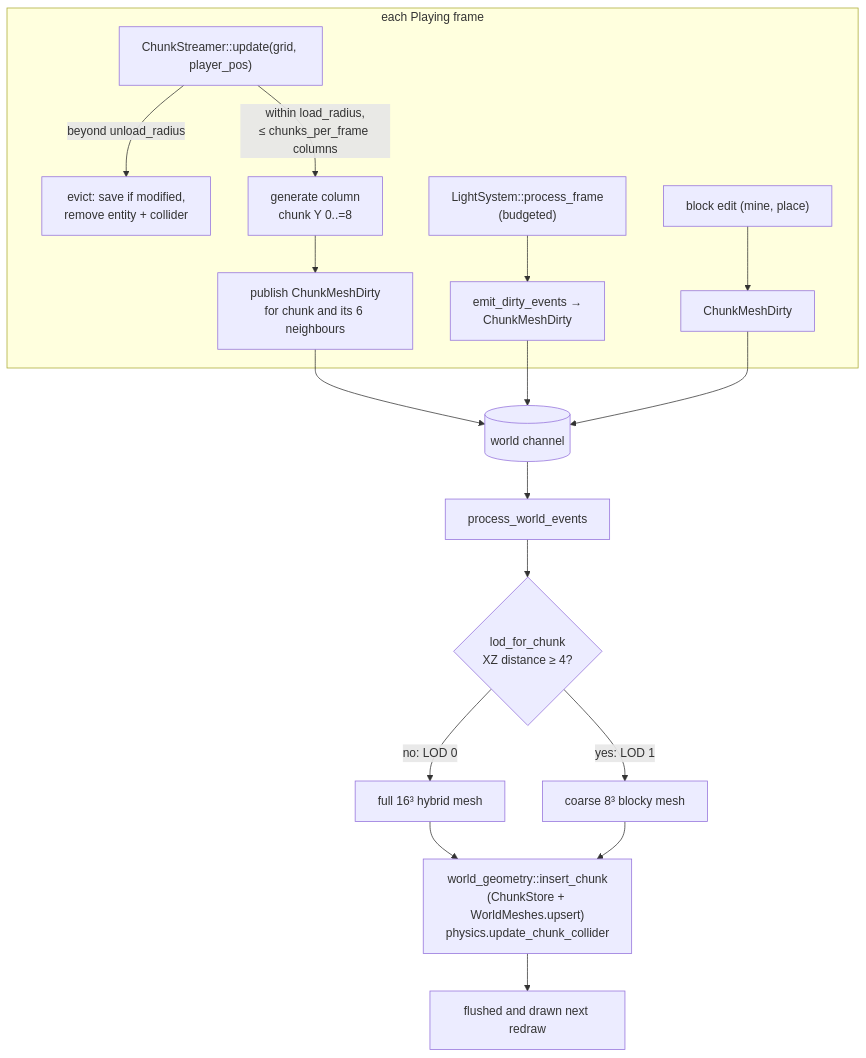
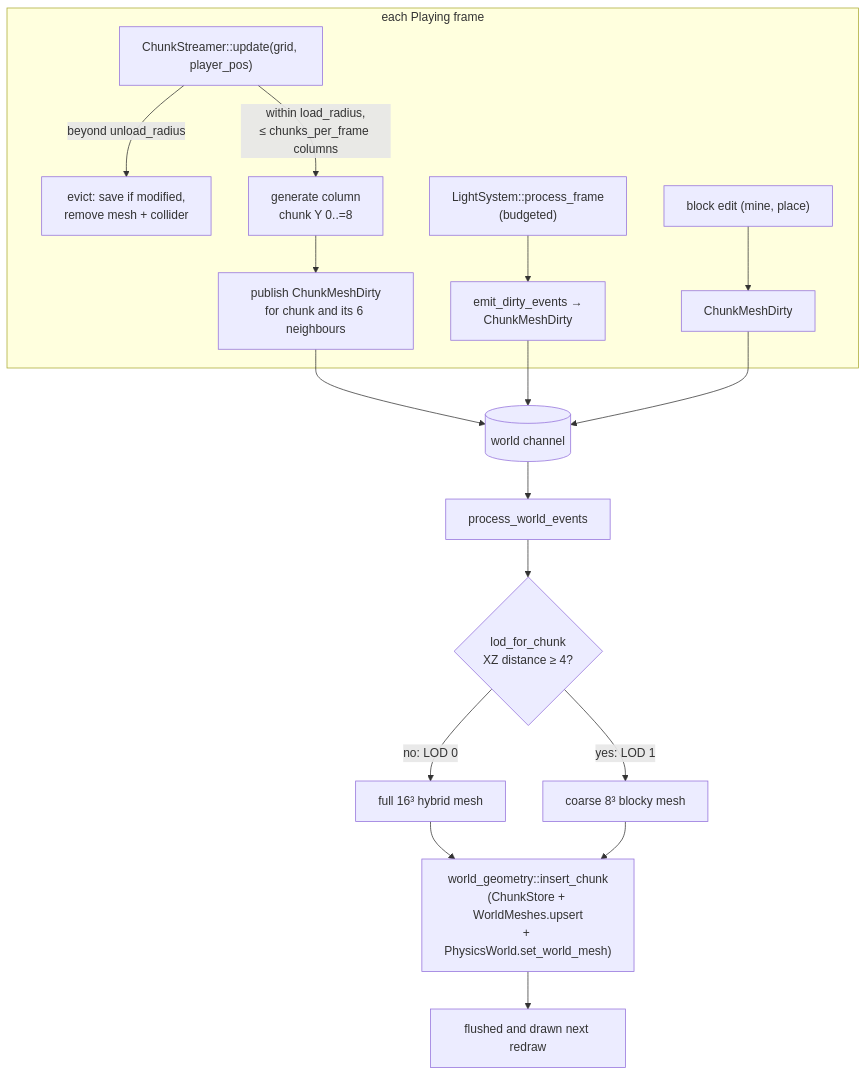
One commit to WrackedFella/moho changed the diagram in wiki/architecture/world-streaming.md. Above: the diagram before and after it, drawn with Mermaid. The commit also changed 3 other files, not shown here.

First line of the commit message:
docs(wiki): ENG-F10-02, chunk meshes reach physics through the world-geometry helpers

````diff
--- a/wiki/architecture/world-streaming.md
+++ b/wiki/architecture/world-streaming.md
@@ -10,18 +10,18 @@
 ```mermaid
 flowchart TD
     subgraph frame["each Playing frame"]
         S["ChunkStreamer::update(grid, player_pos)"]
-        S -->|"beyond unload_radius"| EV["evict: save if modified,<br/>remove entity + collider"]
+        S -->|"beyond unload_radius"| EV["evict: save if modified,<br/>remove mesh + collider"]
         S -->|"within load_radius,<br/>≤ chunks_per_frame columns"| LD["generate column<br/>chunk Y 0..=8"]
         LD --> D1["publish ChunkMeshDirty<br/>for chunk and its 6 neighbours"]
         LS["LightSystem::process_frame<br/>(budgeted)"] --> D2["emit_dirty_events →<br/>ChunkMeshDirty"]
         EDIT["block edit (mine, place)"] --> D3["ChunkMeshDirty"]
     end
     D1 & D2 & D3 --> CH[("world channel")]
     CH --> PW["process_world_events"]
     PW --> LOD{"lod_for_chunk<br/>XZ distance ≥ 4?"}
     LOD -- "no: LOD 0" --> M0["full 16³ hybrid mesh"]
     LOD -- "yes: LOD 1" --> M1["coarse 8³ blocky mesh"]
-    M0 & M1 --> OUT["world_geometry::insert_chunk<br/>(ChunkStore + WorldMeshes.upsert)<br/>physics.update_chunk_collider"]
+    M0 & M1 --> OUT["world_geometry::insert_chunk<br/>(ChunkStore + WorldMeshes.upsert<br/>+ PhysicsWorld.set_world_mesh)"]
     OUT --> R["flushed and drawn next redraw"]
 ```
````
